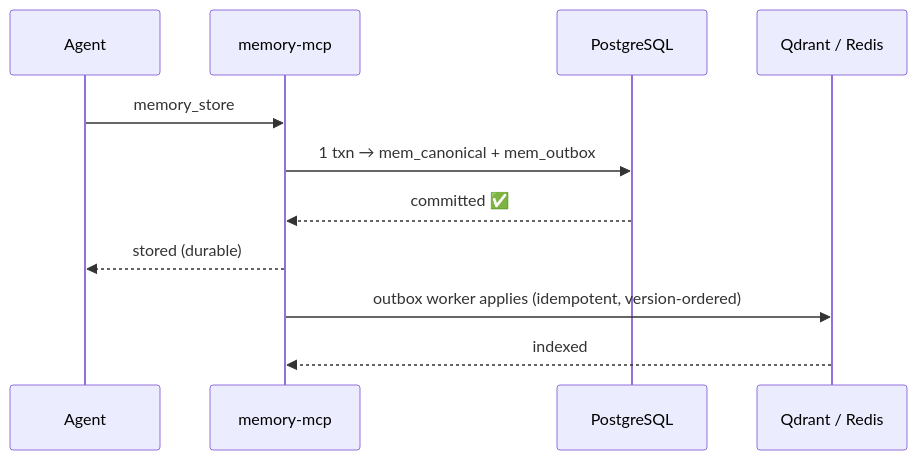
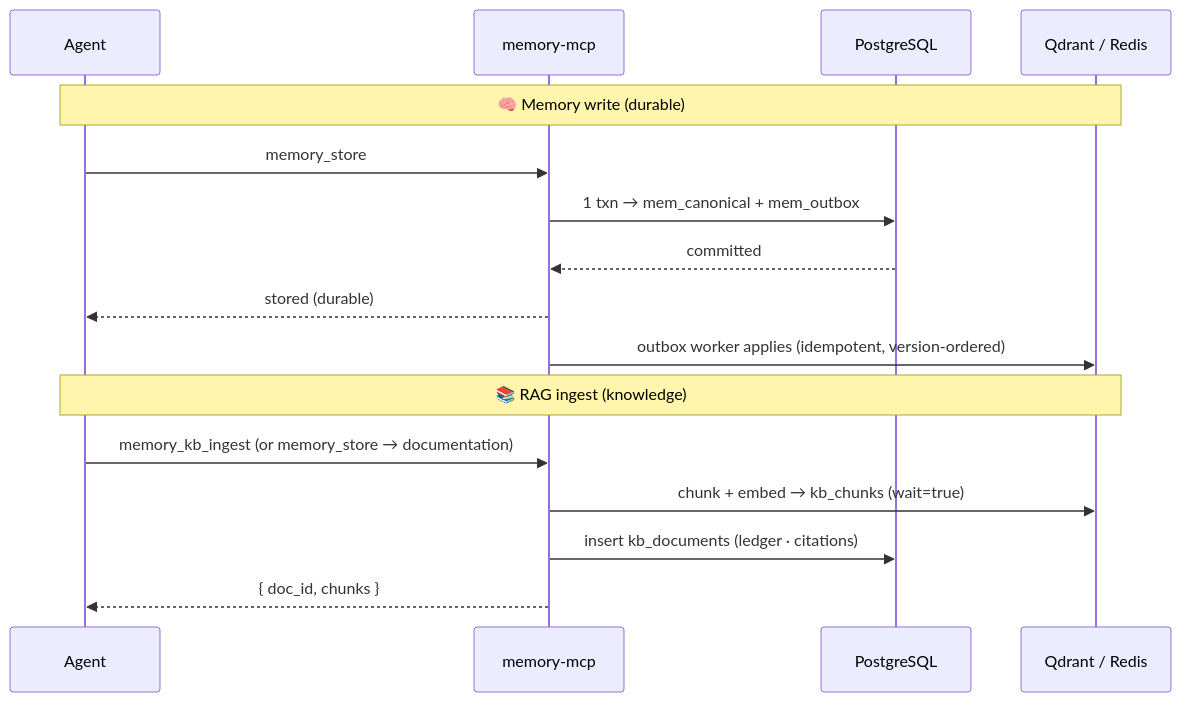
The third of 6 diagrams in README.md (Akshat-530/any-harness-memory), drawn with Mermaid before and after one commit. The commit also changed other lines of this file, not shown here.

Commit message:
docs: add RAG lane to all diagrams (architecture, workflow, write/read paths) + two-lane section

````diff
--- a/README.md
+++ b/README.md
@@ -81,13 +84,18 @@
 ```mermaid
 sequenceDiagram
   participant A as Agent
   participant M as memory-mcp
   participant P as PostgreSQL
   participant X as Qdrant / Redis
+  Note over A,X: 🧠 Memory write (durable)
   A->>M: memory_store
   M->>P: 1 txn → mem_canonical + mem_outbox
-  P-->>M: committed ✅
+  P-->>M: committed
   M-->>A: stored (durable)
-  M->>X: outbox worker applies (idempotent, version‑ordered)
-  X-->>M: indexed
+  M->>X: outbox worker applies (idempotent, version-ordered)
+  Note over A,X: 📚 RAG ingest (knowledge)
+  A->>M: memory_kb_ingest  (or memory_store → documentation)
+  M->>X: chunk + embed → kb_chunks (wait=true)
+  M->>P: insert kb_documents (ledger · citations)
+  M-->>A: { doc_id, chunks }
 ```
````
